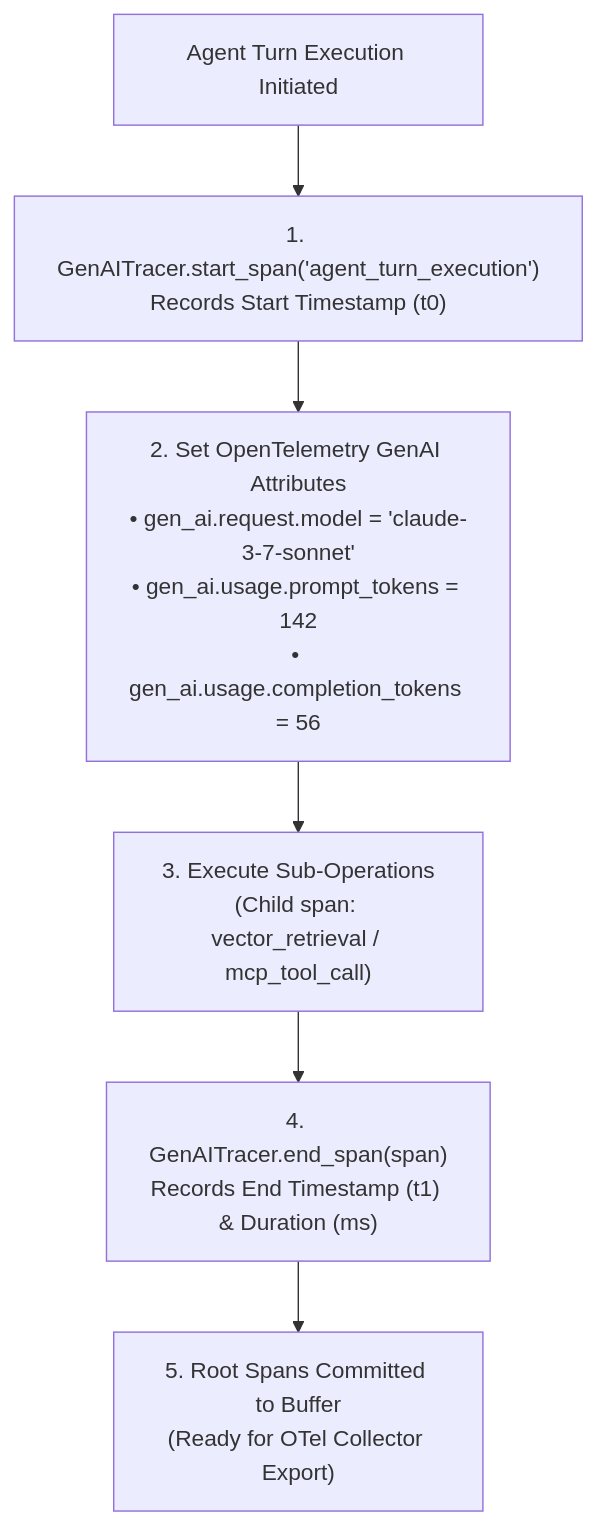
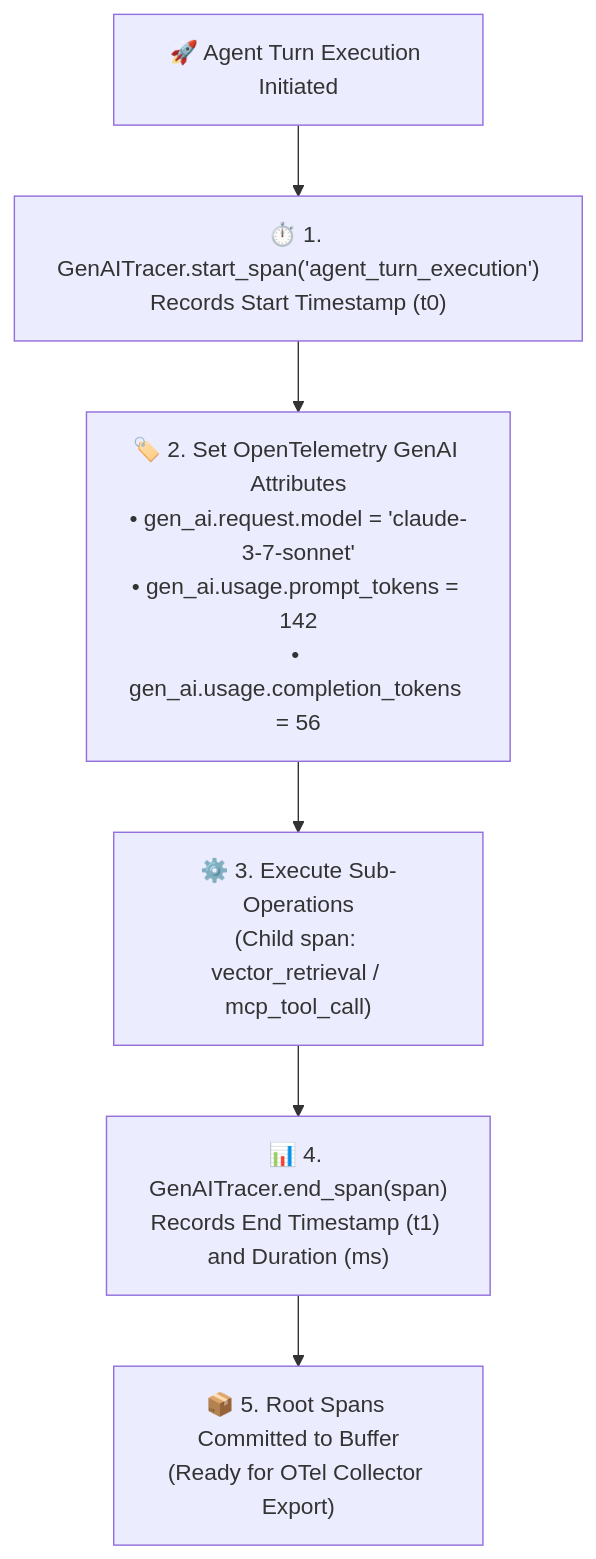
Before and after one commit to dip4k/senior-engineer-to-ai-engineer-roadmap: the diagram in labs/lab-05-ai-observability-tracing.md, drawn with Mermaid. The commit also changed other lines of this file and 94 other files, not shown here.

Commit message:
refactor(curriculum): complete Phase 04 upgrade and enforce diagram renderer invariants

````diff
--- a/labs/lab-05-ai-observability-tracing.md
+++ b/labs/lab-05-ai-observability-tracing.md
@@ -20,11 +22,11 @@
 ```mermaid
 flowchart TD
-    Req["Agent Turn Execution Initiated"] --> StartSpan["1. GenAITracer.start_span('agent_turn_execution')<br>Records Start Timestamp (t0)"]
+    Req["🚀 Agent Turn Execution Initiated"] --> StartSpan["⏱️ 1. GenAITracer.start_span('agent_turn_execution')<br>Records Start Timestamp (t0)"]
     
-    StartSpan --> SetAttrs["2. Set OpenTelemetry GenAI Attributes<br>• gen_ai.request.model = 'claude-3-7-sonnet'<br>• gen_ai.usage.prompt_tokens = 142<br>• gen_ai.usage.completion_tokens = 56"]
+    StartSpan --> SetAttrs["🏷️ 2. Set OpenTelemetry GenAI Attributes<br>• gen_ai.request.model = 'claude-3-7-sonnet'<br>• gen_ai.usage.prompt_tokens = 142<br>• gen_ai.usage.completion_tokens = 56"]
     
-    SetAttrs --> ChildSpan["3. Execute Sub-Operations<br>(Child span: vector_retrieval / mcp_tool_call)"]
+    SetAttrs --> ChildSpan["⚙️ 3. Execute Sub-Operations<br>(Child span: vector_retrieval / mcp_tool_call)"]
     
-    ChildSpan --> EndSpan["4. GenAITracer.end_span(span)<br>Records End Timestamp (t1) & Duration (ms)"]
-    EndSpan --> TraceBuffer["5. Root Spans Committed to Buffer<br>(Ready for OTel Collector Export)"]
+    ChildSpan --> EndSpan["📊 4. GenAITracer.end_span(span)<br>Records End Timestamp (t1) and Duration (ms)"]
+    EndSpan --> TraceBuffer["📦 5. Root Spans Committed to Buffer<br>(Ready for OTel Collector Export)"]
 ```
````
